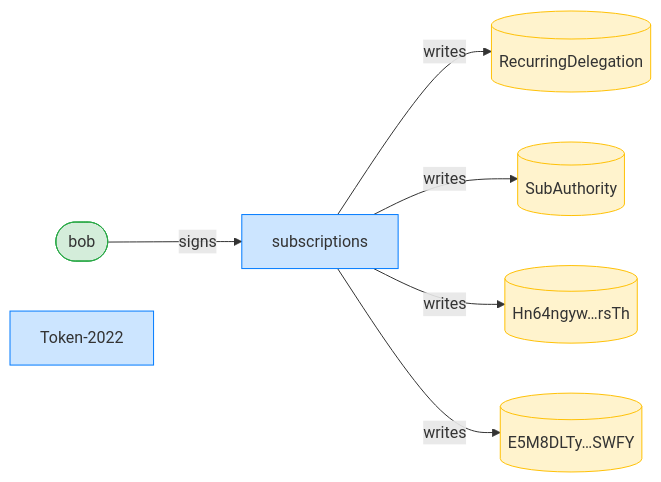
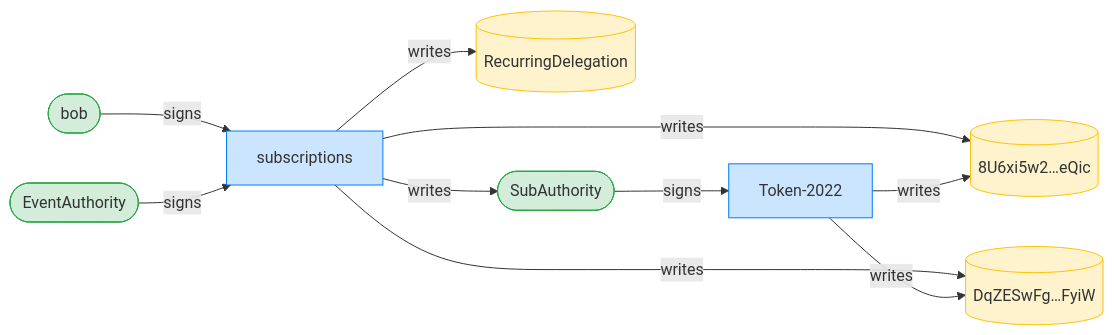
Before and after one commit to cds-rs/subscriptions: diagram 11 of 12 in dsl_tests/recurring-transfer-over-a-token-2022-confidential-transfer-mint.md, drawn with Mermaid. The commit also changed other lines of this file and 224 other files, not shown here.

````diff
--- a/dsl_tests/recurring-transfer-over-a-token-2022-confidential-transfer-mint.md
+++ b/dsl_tests/recurring-transfer-over-a-token-2022-confidential-transfer-mint.md
@@ -214,18 +223,23 @@
 ```mermaid
 flowchart LR
     classDef signer fill:#d4edda,stroke:#28a745;
     classDef program fill:#cce5ff,stroke:#007bff;
     classDef writable fill:#fff3cd,stroke:#ffc107;
     subscriptions[subscriptions]:::program
     RecurringDelegation[(RecurringDelegation)]:::writable
-    SubAuthority[(SubAuthority)]:::writable
-    Hn64ngyw_rsTh[("Hn64ngyw…rsTh")]:::writable
-    E5M8DLTy_SWFY[("E5M8DLTy…SWFY")]:::writable
+    SubAuthority([SubAuthority]):::signer
+    8U6xi5w2_eQic[("8U6xi5w2…eQic")]:::writable
+    DqZESwFg_FyiW[("DqZESwFg…FyiW")]:::writable
     bob([bob]):::signer
     Token_2022["Token-2022"]:::program
+    EventAuthority([EventAuthority]):::signer
     bob -->|signs| subscriptions
+    SubAuthority -->|signs| Token_2022
+    EventAuthority -->|signs| subscriptions
     subscriptions -->|writes| RecurringDelegation
     subscriptions -->|writes| SubAuthority
-    subscriptions -->|writes| Hn64ngyw_rsTh
-    subscriptions -->|writes| E5M8DLTy_SWFY
+    subscriptions -->|writes| 8U6xi5w2_eQic
+    subscriptions -->|writes| DqZESwFg_FyiW
+    Token_2022 -->|writes| 8U6xi5w2_eQic
+    Token_2022 -->|writes| DqZESwFg_FyiW
 ```
````
